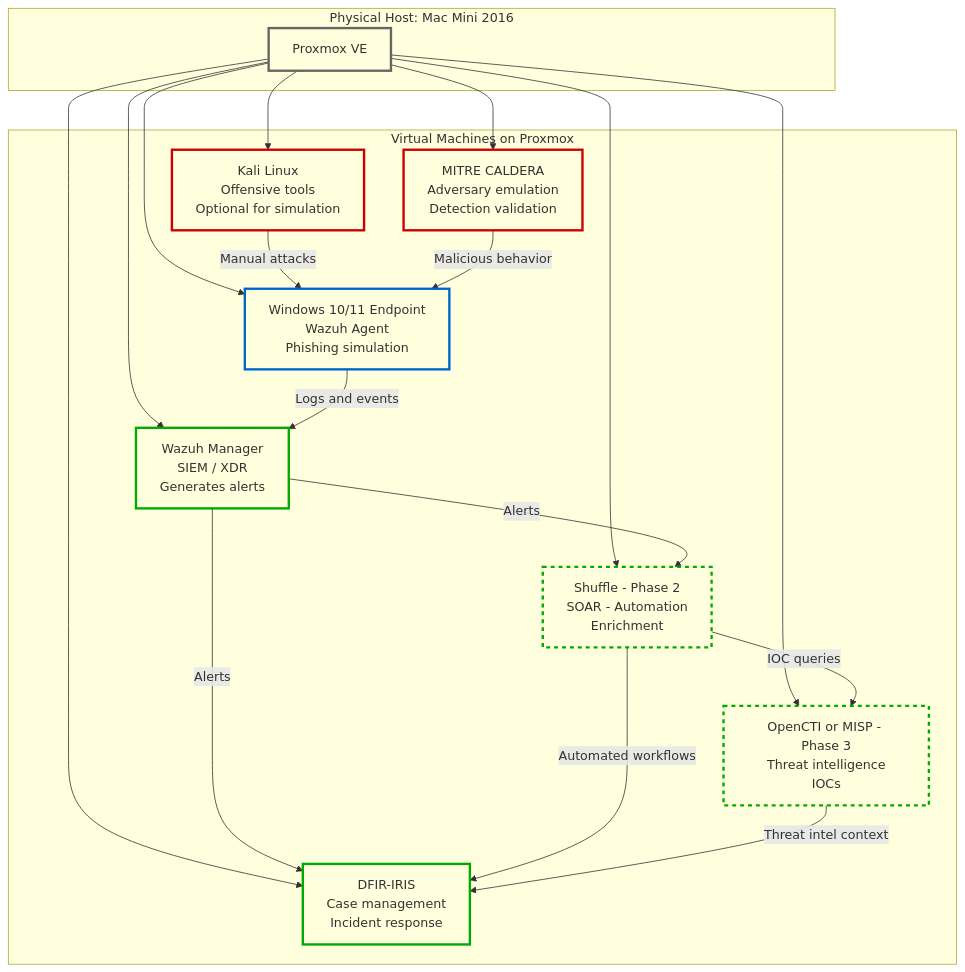
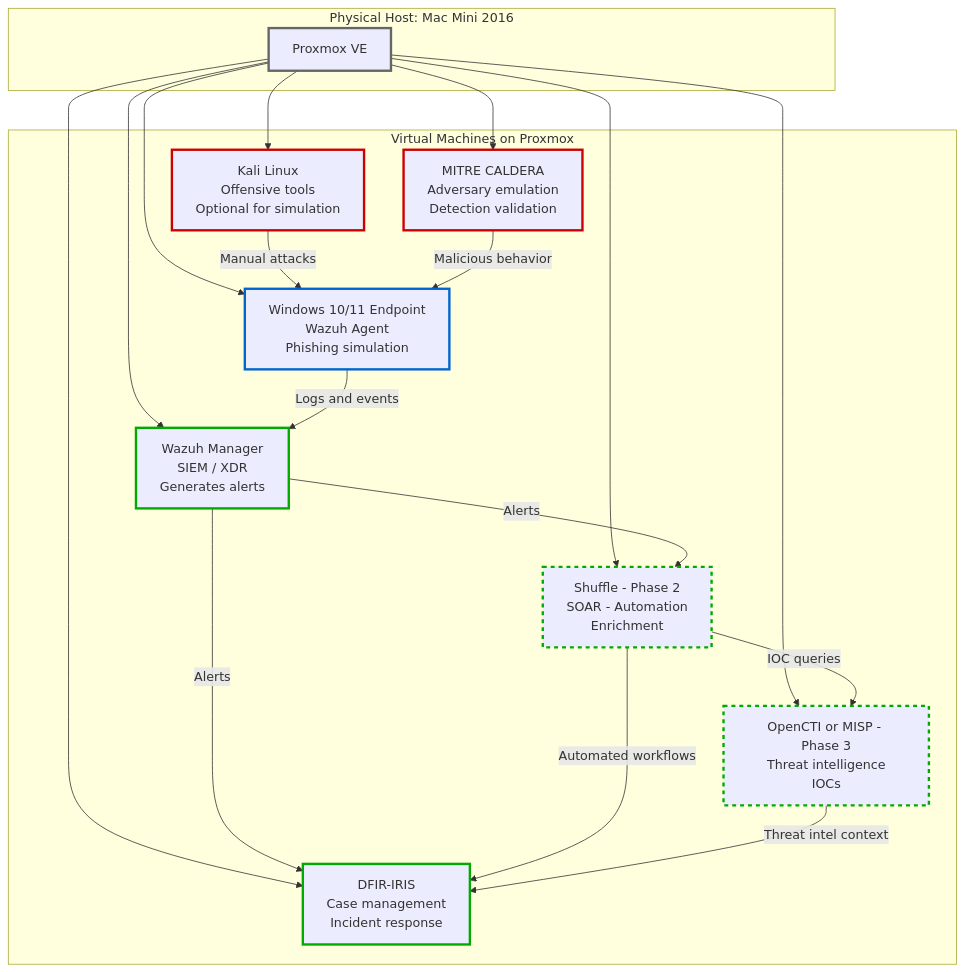
One commit to moabdib2000/hybrid-soc-lab changed the diagram in README.md. Above: the diagram before and after it, drawn with Mermaid. The commit also changed other lines of this file, not shown here.

Commit message:
Enhance README with architecture diagram and styles
Added a mermaid diagram to illustrate the general architecture of the Hybrid SOC Lab, and adjusted the styling for clarity.

````diff
--- a/README.md
+++ b/README.md
@@ -17,42 +19,43 @@
 ```mermaid
 graph TD
     subgraph "Physical Host: Mac Mini 2016"
         P[Proxmox VE]
     end
 
     subgraph "Virtual Machines on Proxmox"
         W["Windows 10/11 Endpoint<br>Wazuh Agent<br>Phishing simulation"]
         K["Kali Linux<br>Offensive tools<br>Optional for simulation"]
         C["MITRE CALDERA<br>Adversary emulation<br>Detection validation"]
         WAZ["Wazuh Manager<br>SIEM / XDR<br>Generates alerts"]
         IRIS["DFIR-IRIS<br>Case management<br>Incident response"]
         SH["Shuffle - Phase 2<br>SOAR - Automation<br>Enrichment"]
         TI["OpenCTI or MISP - Phase 3<br>Threat intelligence<br>IOCs"]
     end
 
     P --> W
     P --> K
     P --> C
     P --> WAZ
     P --> IRIS
     P --> SH
     P --> TI
 
     W -->|Logs and events| WAZ
     K -->|Manual attacks| W
     C -->|Malicious behavior| W
     WAZ -->|Alerts| IRIS
     WAZ -->|Alerts| SH
     SH -->|Automated workflows| IRIS
     SH -->|IOC queries| TI
     TI -->|Threat intel context| IRIS
 
-    style P stroke:#666,stroke-width:3px,fill:none
-    style W stroke:#0066cc,stroke-width:3px,fill:none
-    style K stroke:#cc0000,stroke-width:3px,fill:none
-    style C stroke:#cc0000,stroke-width:3px,fill:none
-    style WAZ stroke:#00aa00,stroke-width:3px,fill:none
-    style IRIS stroke:#00aa00,stroke-width:3px,fill:none
-    style SH stroke:#00aa00,stroke-width:3px,stroke-dasharray: 5 5,fill:none
-    style TI stroke:#00aa00,stroke-width:3px,stroke-dasharray: 5 5,fill:none
+    style P stroke:#666,stroke-width:3px
+    style W stroke:#0066cc,stroke-width:3px
+    style K stroke:#cc0000,stroke-width:3px
+    style C stroke:#cc0000,stroke-width:3px
+    style WAZ stroke:#00aa00,stroke-width:3px
+    style IRIS stroke:#00aa00,stroke-width:3px
+    style SH stroke:#00aa00,stroke-width:3px,stroke-dasharray: 5 5
+    style TI stroke:#00aa00,stroke-width:3px,stroke-dasharray: 5 5
+
 ```
````
